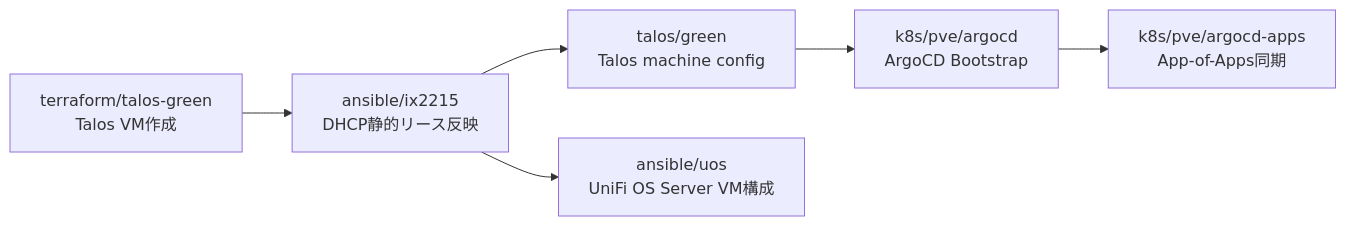
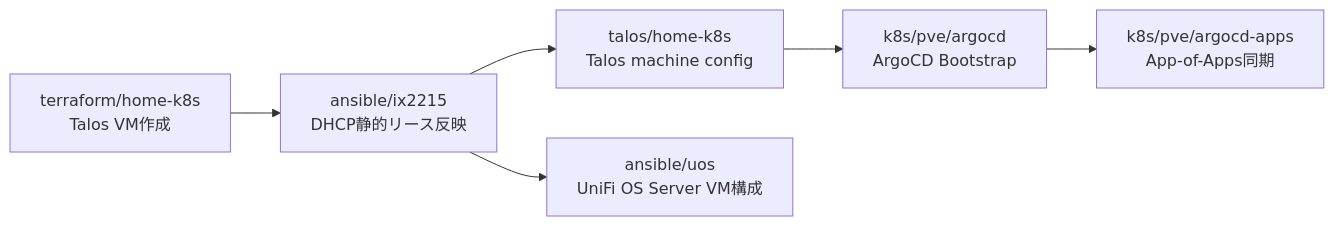
One commit to miutaku/my-infra changed the second of 4 diagrams in README.md. Above: the diagram before and after it, drawn with Mermaid. The commit also changed other lines of this file and 27 other files, not shown here.

Commit message:
refactor: rename Talos production roots to home-k8s

````diff
--- a/README.md
+++ b/README.md
@@ -223,13 +223,13 @@
 ```mermaid
 flowchart LR
-  Terraform[terraform/talos-green<br/>Talos VM作成]
+  Terraform[terraform/home-k8s<br/>Talos VM作成]
   IX[ansible/ix2215<br/>DHCP静的リース反映]
-  Talos[talos/green<br/>Talos machine config]
+  Talos[talos/home-k8s<br/>Talos machine config]
   UOS[ansible/uos<br/>UniFi OS Server VM構成]
   Argo[k8s/pve/argocd<br/>ArgoCD Bootstrap]
   Apps[k8s/pve/argocd-apps<br/>App-of-Apps同期]
 
   Terraform --> IX
   IX --> Talos --> Argo --> Apps
   IX --> UOS
 ```
````
